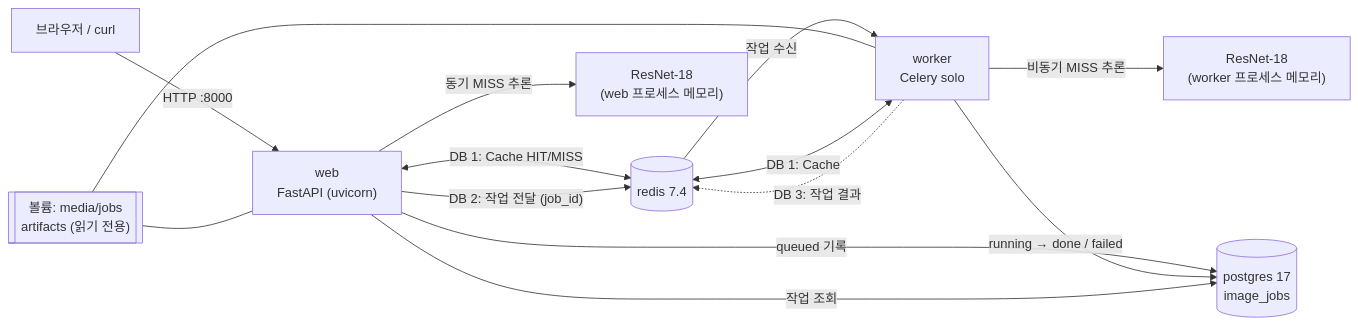
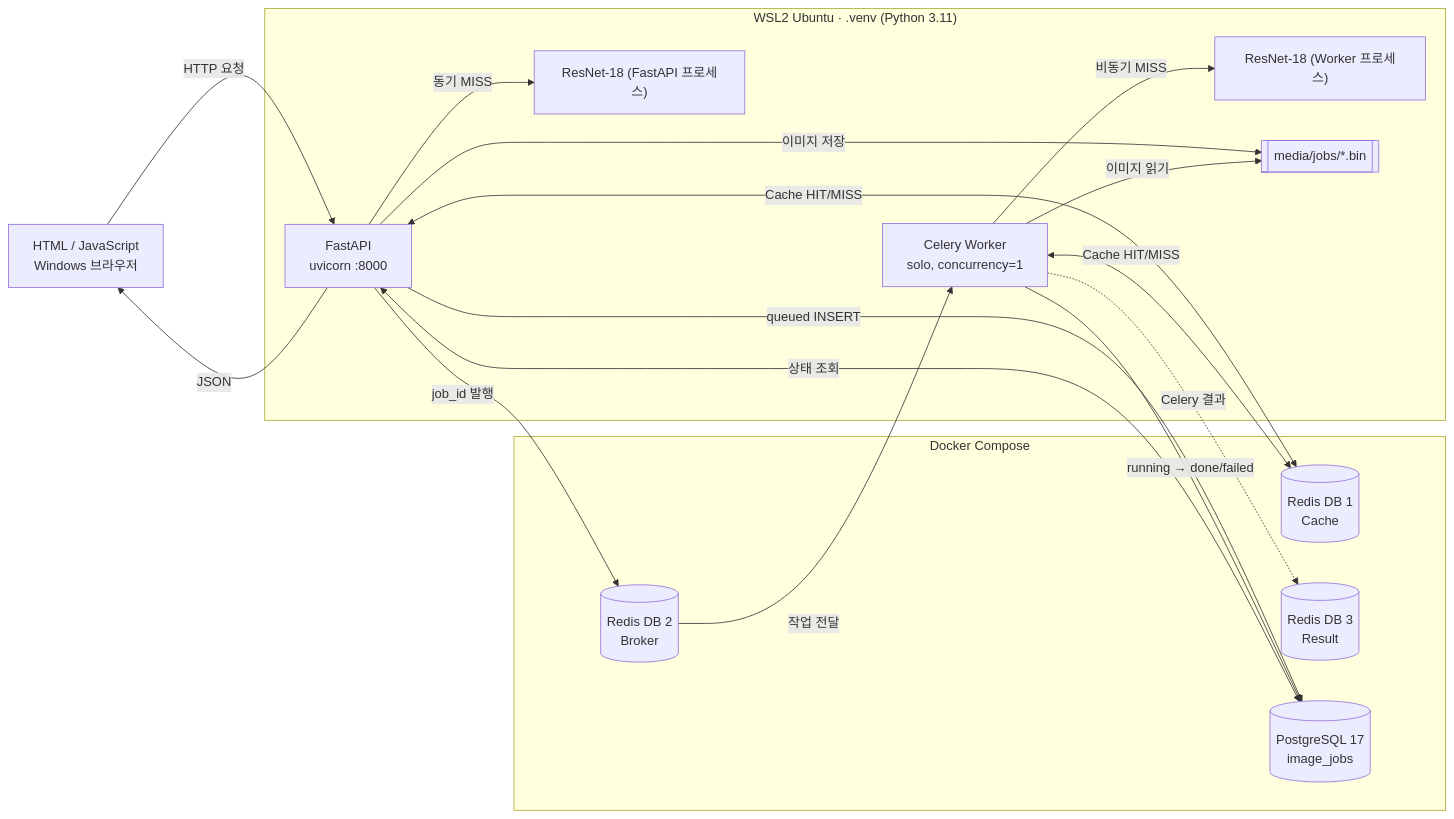
Before and after one commit to wlgptjd333/kh-subject9-eval-beans: the diagram in reports/02_시스템_아키텍처.md, drawn with Mermaid. The commit also changed other lines of this file and 45 other files, not shown here.

First line of the commit message:
refactor: 평가 가이드 구조(.venv FastAPI·Celery + Docker Redis·PostgreSQL)로 전면 재측정

````diff
--- a/reports/02_시스템_아키텍처.md
+++ b/reports/02_시스템_아키텍처.md
@@ -8,16 +8,31 @@
 ```mermaid
 flowchart LR
-    B["브라우저 / curl"] -->|"HTTP :8000"| W["web<br/>FastAPI (uvicorn)"]
-    W <-->|"DB 1: Cache HIT/MISS"| R[("redis 7.4")]
-    W -->|"동기 MISS 추론"| M1["ResNet-18<br/>(web 프로세스 메모리)"]
-    W -->|"queued 기록"| P[("postgres 17<br/>image_jobs")]
-    W -->|"DB 2: 작업 전달 (job_id)"| R
-    R -->|"작업 수신"| K["worker<br/>Celery solo"]
-    K <-->|"DB 1: Cache"| R
-    K -->|"비동기 MISS 추론"| M2["ResNet-18<br/>(worker 프로세스 메모리)"]
-    K -->|"running → done / failed"| P
-    K -.->|"DB 3: 작업 결과"| R
-    W -->|"작업 조회"| P
-    V[["볼륨: media/jobs<br/>artifacts (읽기 전용)"]] --- W
-    V --- K
+    B["HTML / JavaScript<br/>Windows 브라우저"]
+    subgraph W["WSL2 Ubuntu · .venv (Python 3.11)"]
+      F["FastAPI<br/>uvicorn :8000"]
+      WK["Celery Worker<br/>solo, concurrency=1"]
+      AI1["ResNet-18 (FastAPI 프로세스)"]
+      AI2["ResNet-18 (Worker 프로세스)"]
+      MJ[["media/jobs/*.bin"]]
+    end
+    subgraph D["Docker Compose"]
+      RC[("Redis DB 1<br/>Cache")]
+      RB[("Redis DB 2<br/>Broker")]
+      RR[("Redis DB 3<br/>Result")]
+      DB[("PostgreSQL 17<br/>image_jobs")]
+    end
+    B -->|HTTP 요청| F
+    F <-->|Cache HIT/MISS| RC
+    F -->|동기 MISS| AI1
+    F -->|이미지 저장| MJ
+    F -->|queued INSERT| DB
+    F -->|job_id 발행| RB
+    RB -->|작업 전달| WK
+    WK -->|이미지 읽기| MJ
+    WK <-->|Cache HIT/MISS| RC
+    WK -->|비동기 MISS| AI2
+    WK -->|running → done/failed| DB
+    WK -.->|Celery 결과| RR
+    F <-->|상태 조회| DB
+    F -->|JSON| B
 ```
````
